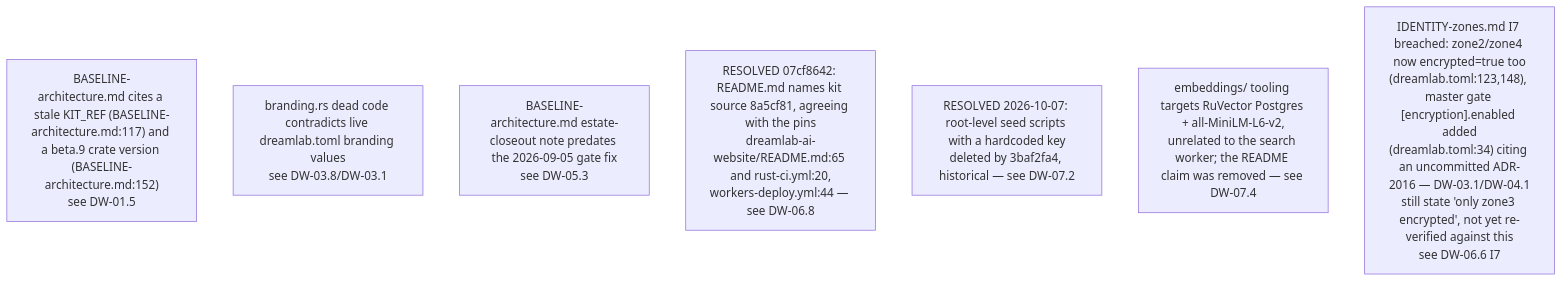
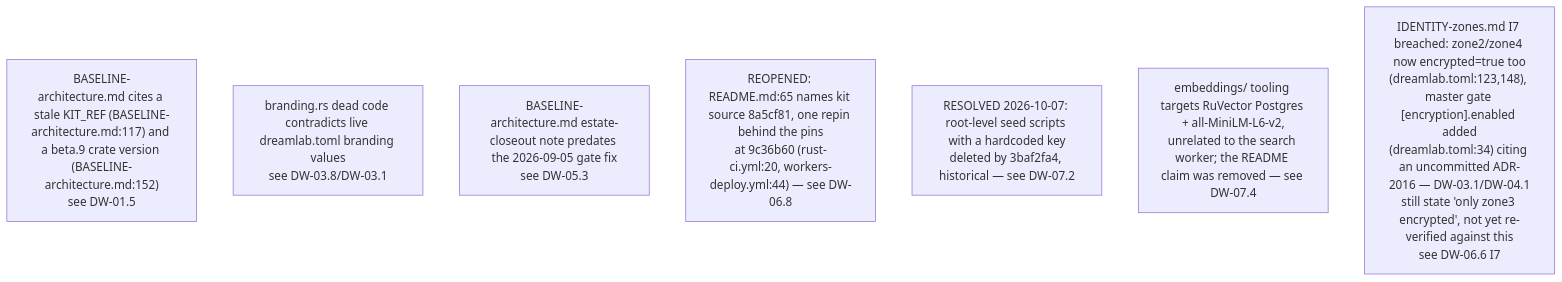
Before and after one commit to DreamLab-AI/VisionFlow: the sixth of 7 diagrams in docs/diagrams/dreamlab-ai-website/06-content-pipeline-and-invariants-register.md, drawn with Mermaid. The commit also changed other lines of this file and 142 other files, not shown here.

First line of the commit message:
docs(diagrams): one System One route; re-verify 140 topics at today's heads

````diff
--- a/docs/diagrams/dreamlab-ai-website/06-content-pipeline-and-invariants-register.md
+++ b/docs/diagrams/dreamlab-ai-website/06-content-pipeline-and-invariants-register.md
@@ -122,10 +122,10 @@
 ```mermaid
 flowchart TB
     D9["BASELINE-architecture.md cites a stale KIT_REF (BASELINE-architecture.md:117) and a beta.9 crate version (BASELINE-architecture.md:152)<br/>see DW-01.5"]
     D10["branding.rs dead code contradicts live dreamlab.toml branding values<br/>see DW-03.8/DW-03.1"]
     D11["BASELINE-architecture.md estate-closeout note predates the 2026-09-05 gate fix<br/>see DW-05.3"]
-    D12["RESOLVED 07cf8642: README.md names kit source 8a5cf81, agreeing with the pins<br/>dreamlab-ai-website/README.md:65 and rust-ci.yml:20,<br/>workers-deploy.yml:44 — see DW-06.8"]
+    D12["REOPENED: README.md:65 names kit source 8a5cf81, one repin behind the pins<br/>at 9c36b60 (rust-ci.yml:20, workers-deploy.yml:44) — see DW-06.8"]
     D13["RESOLVED 2026-10-07: root-level seed scripts with a hardcoded key<br/>deleted by 3baf2fa4, historical — see DW-07.2"]
     D14["embeddings/ tooling targets RuVector Postgres + all-MiniLM-L6-v2,<br/>unrelated to the search worker; the README claim was removed — see DW-07.4"]
     D15["IDENTITY-zones.md I7 breached: zone2/zone4 now encrypted=true too<br/>(dreamlab.toml:123,148), master gate [encryption].enabled added<br/>(dreamlab.toml:34) citing an uncommitted ADR-2016 — DW-03.1/DW-04.1<br/>still state 'only zone3 encrypted', not yet re-verified against this<br/>see DW-06.6 I7"]
 ```
````
